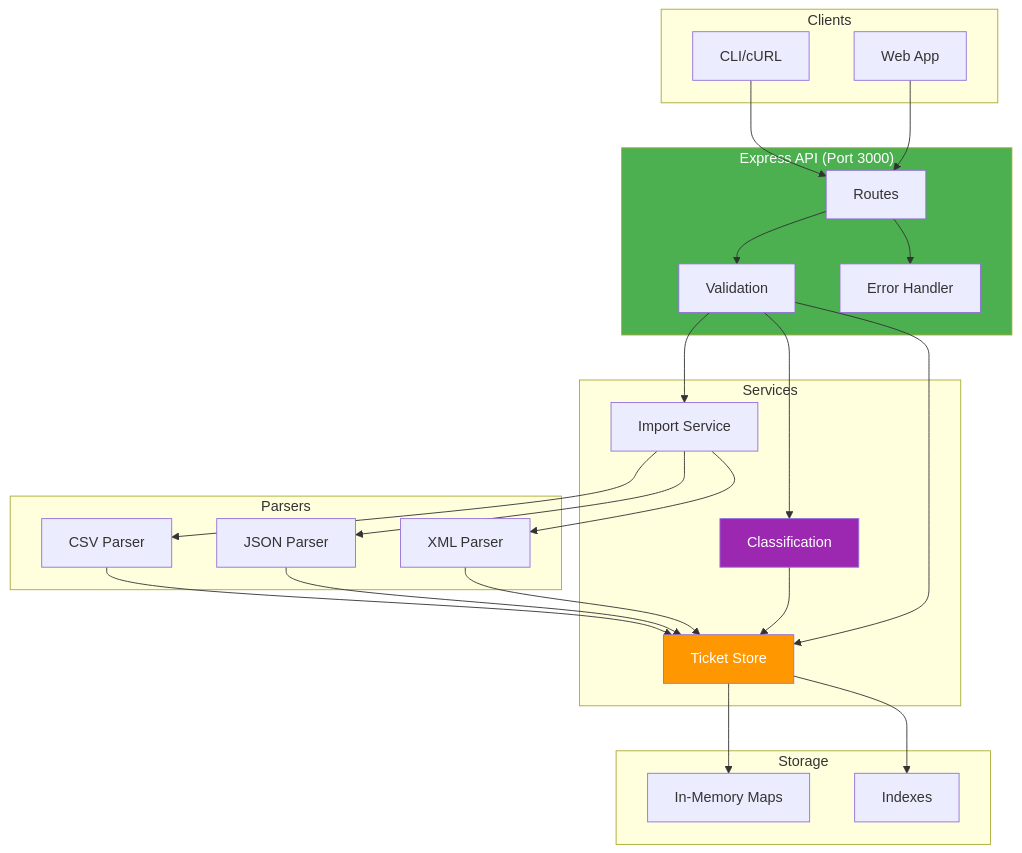
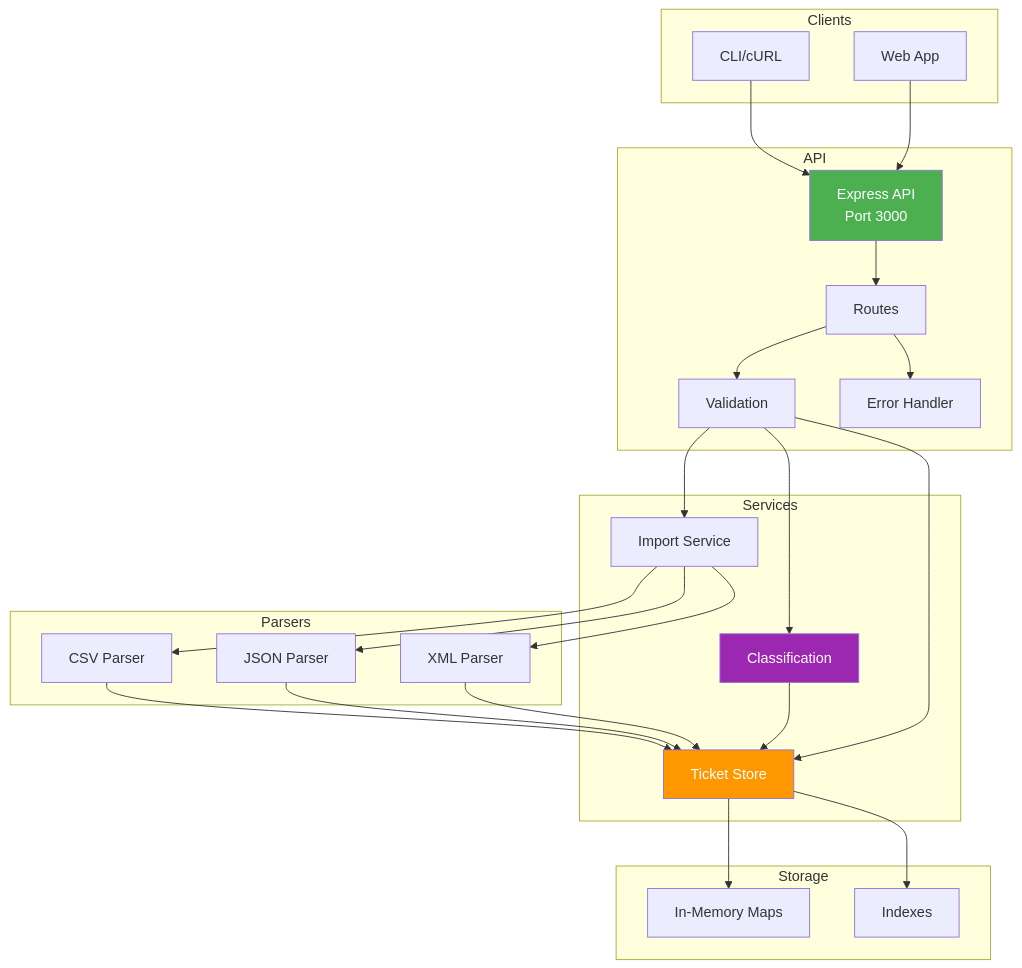
One commit to Bondarenko199/AI-Coding-Partner-Homework changed the diagram in homework-2/README.md. Above: the diagram before and after it, drawn with Mermaid. The commit also changed 1 other file, not shown here.

Commit message:
Update Diagrams

````diff
--- a/homework-2/README.md
+++ b/homework-2/README.md
@@ -12,56 +12,58 @@
 ```mermaid
 graph TB
     subgraph Clients
         CLI[CLI/cURL]
         WEB[Web App]
     end
 
-    subgraph API["Express API (Port 3000)"]
+    subgraph API
+        EXPRESS[Express API<br/>Port 3000]
         ROUTES[Routes]
         VALID[Validation]
         ERROR[Error Handler]
     end
 
     subgraph Services
         IMPORT[Import Service]
         CLASS[Classification]
         STORE[Ticket Store]
     end
 
     subgraph Parsers
         CSV[CSV Parser]
         JSON[JSON Parser]
         XML[XML Parser]
     end
 
     subgraph Storage
         MEMORY[In-Memory Maps]
         INDEX[Indexes]
     end
 
-    CLI --> ROUTES
-    WEB --> ROUTES
+    CLI --> EXPRESS
+    WEB --> EXPRESS
 
+    EXPRESS --> ROUTES
     ROUTES --> VALID
     VALID --> IMPORT
     VALID --> CLASS
     VALID --> STORE
 
     IMPORT --> CSV
     IMPORT --> JSON
     IMPORT --> XML
 
     CSV --> STORE
     JSON --> STORE
     XML --> STORE
     CLASS --> STORE
 
     STORE --> MEMORY
     STORE --> INDEX
 
     ROUTES --> ERROR
 
-    style API fill:#4CAF50,color:#fff
+    style EXPRESS fill:#4CAF50,color:#fff
     style STORE fill:#FF9800,color:#fff
     style CLASS fill:#9C27B0,color:#fff
 ```
````
